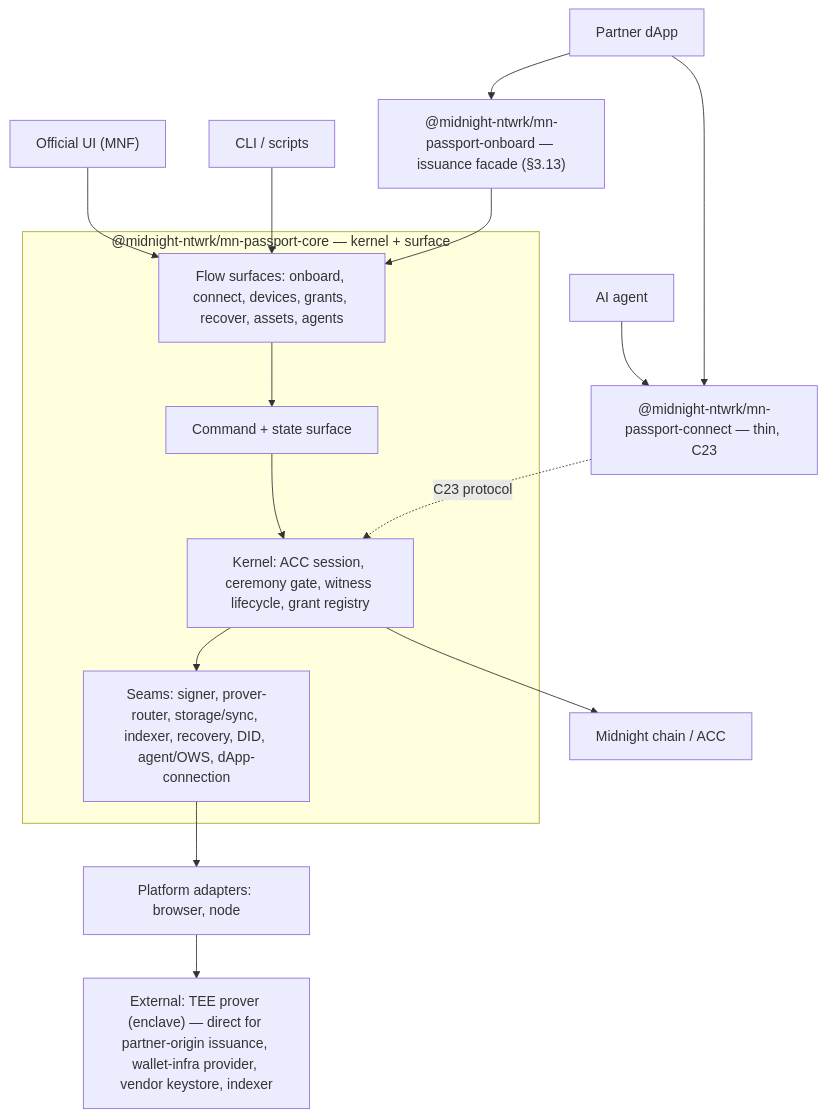
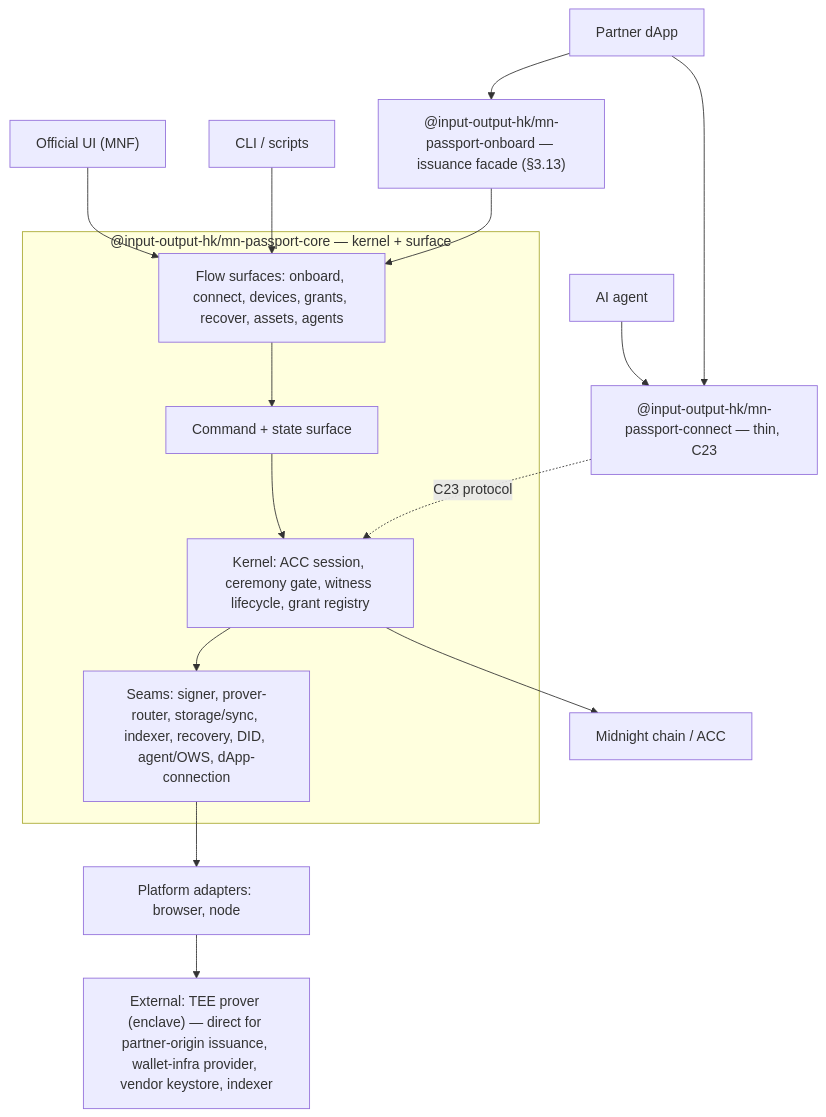
The first of 6 diagrams in docs/architecture.md (input-output-hk/midnight-passport-sdk), drawn with Mermaid before and after one commit. The commit also changed other lines of this file and 70 other files, not shown here.

````diff
--- a/docs/architecture.md
+++ b/docs/architecture.md
@@ -38,20 +38,20 @@
 ```mermaid
 flowchart TB
   UI["Official UI (MNF)"] --> FLOWS
   CLI["CLI / scripts"] --> FLOWS
   AGENT["AI agent"] --> CONNECT
-  DAPP["Partner dApp"] --> CONNECT["@midnight-ntwrk/mn-passport-connect — thin, C23"]
-  DAPP --> ONBOARD["@midnight-ntwrk/mn-passport-onboard — issuance facade (§3.13)"]
+  DAPP["Partner dApp"] --> CONNECT["@input-output-hk/mn-passport-connect — thin, C23"]
+  DAPP --> ONBOARD["@input-output-hk/mn-passport-onboard — issuance facade (§3.13)"]
   ONBOARD --> FLOWS
 
-  subgraph CORE["@midnight-ntwrk/mn-passport-core — kernel + surface"]
+  subgraph CORE["@input-output-hk/mn-passport-core — kernel + surface"]
     FLOWS["Flow surfaces: onboard, connect, devices, grants, recover, assets, agents"] --> CMD["Command + state surface"]
     CMD --> KERNEL["Kernel: ACC session, ceremony gate, witness lifecycle, grant registry"]
     KERNEL --> SEAMS["Seams: signer, prover-router, storage/sync, indexer, recovery, DID, agent/OWS, dApp-connection"]
   end
 
   CONNECT -. "C23 protocol" .-> KERNEL
   SEAMS --> ADAPT["Platform adapters: browser, node"]
   ADAPT --> EXT["External: TEE prover (enclave) — direct for partner-origin issuance, wallet-infra provider, vendor keystore, indexer"]
   KERNEL --> CHAIN["Midnight chain / ACC"]
 ```
````
